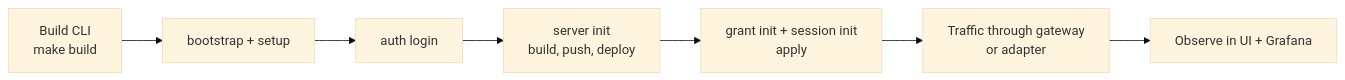
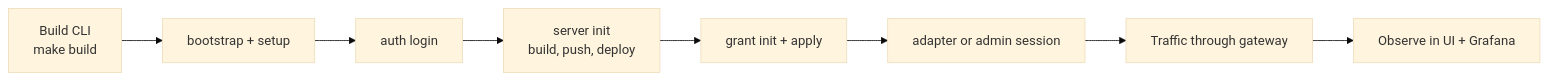
One commit to Agent-Hellboy/mcp-runtime changed the diagram in docs/getting-started.md. Above: the diagram before and after it, drawn with Mermaid (base theme). The commit also changed other lines of this file and 14 other files, not shown here.

````diff
--- a/docs/getting-started.md
+++ b/docs/getting-started.md
@@ -817,9 +847,10 @@
 ```mermaid
 flowchart LR
     A[Build CLI<br/>make build] --> B[bootstrap + setup]
     B --> C[auth login]
     C --> D[server init<br/>build, push, deploy]
-    D --> E[grant init + session init<br/>apply]
-    E --> F[Traffic through gateway<br/>or adapter]
-    F --> G[Observe in UI + Grafana]
+    D --> E[grant init + apply]
+    E --> F[adapter or admin session]
+    F --> G[Traffic through gateway]
+    G --> H[Observe in UI + Grafana]
 ```
````
